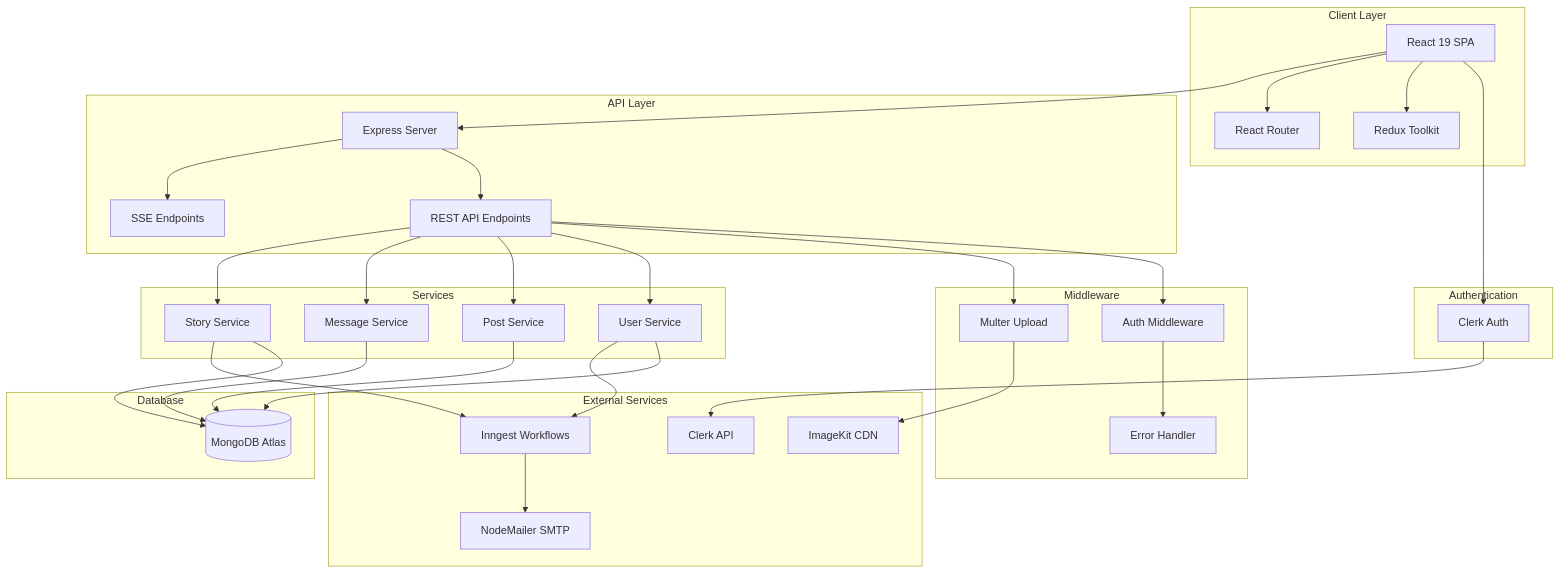
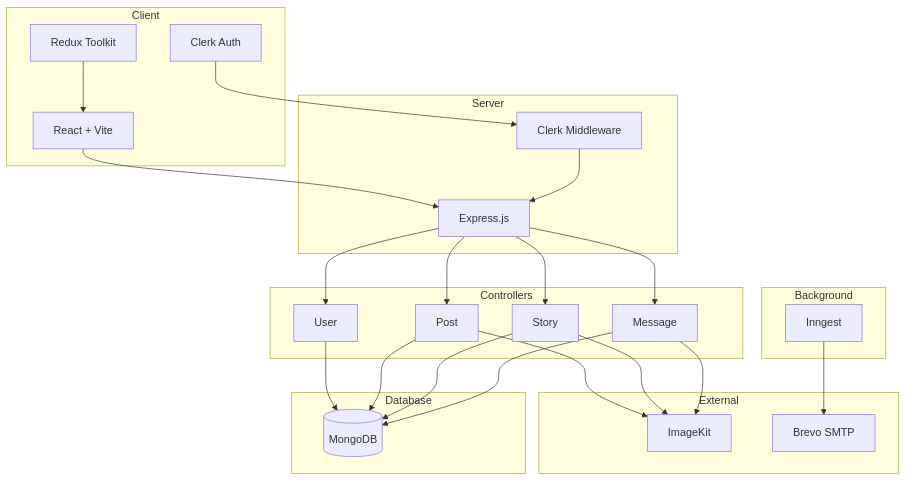
The first of 3 diagrams in README.md (VIKRAMANR7/BuzzConnect), drawn with Mermaid before and after one commit. The commit also changed other lines of this file and 39 other files, not shown here.

````diff
--- a/README.md
+++ b/README.md
@@ -160,65 +26,50 @@
 ```mermaid
 graph TB
-    subgraph "Client Layer"
-        A[React 19 SPA]
+    subgraph Client
+        A[React + Vite]
         B[Redux Toolkit]
-        C[React Router]
+        C[Clerk Auth]
     end
 
-    subgraph "Authentication"
-        D[Clerk Auth]
+    subgraph Server
+        D[Express.js]
+        E[Clerk Middleware]
     end
 
-    subgraph "API Layer"
-        E[Express Server]
-        F[REST API Endpoints]
-        G[SSE Endpoints]
+    subgraph Controllers
+        F[User]
+        G[Post]
+        H[Story]
+        I[Message]
     end
 
-    subgraph "Middleware"
-        H[Auth Middleware]
-        I[Error Handler]
-        J[Multer Upload]
+    subgraph External
+        J[ImageKit]
+        K[Brevo SMTP]
     end
 
-    subgraph "Services"
-        K[User Service]
-        L[Post Service]
-        M[Message Service]
-        N[Story Service]
+    subgraph Background
+        L[Inngest]
     end
 
-    subgraph "External Services"
-        O[ImageKit CDN]
-        P[Clerk API]
-        Q[Inngest Workflows]
-        R[NodeMailer SMTP]
-    end
-
-    subgraph "Database"
-        S[(MongoDB Atlas)]
+    subgraph Database
+        M[(MongoDB)]
     end
 
     A --> D
-    A --> B
-    A --> C
-    A --> E
-    D --> P
-    E --> F
-    E --> G
-    F --> H
-    H --> I
-    F --> J
-    F --> K
-    F --> L
+    B --> A
+    C --> E
+    E --> D
+    D --> F
+    D --> G
+    D --> H
+    D --> I
+    G --> J
+    H --> J
+    I --> J
+    L --> K
     F --> M
-    F --> N
-    K --> S
-    L --> S
-    M --> S
-    N --> S
-    J --> O
-    K --> Q
-    N --> Q
-    Q --> R
+    G --> M
+    H --> M
+    I --> M
 ```
````
